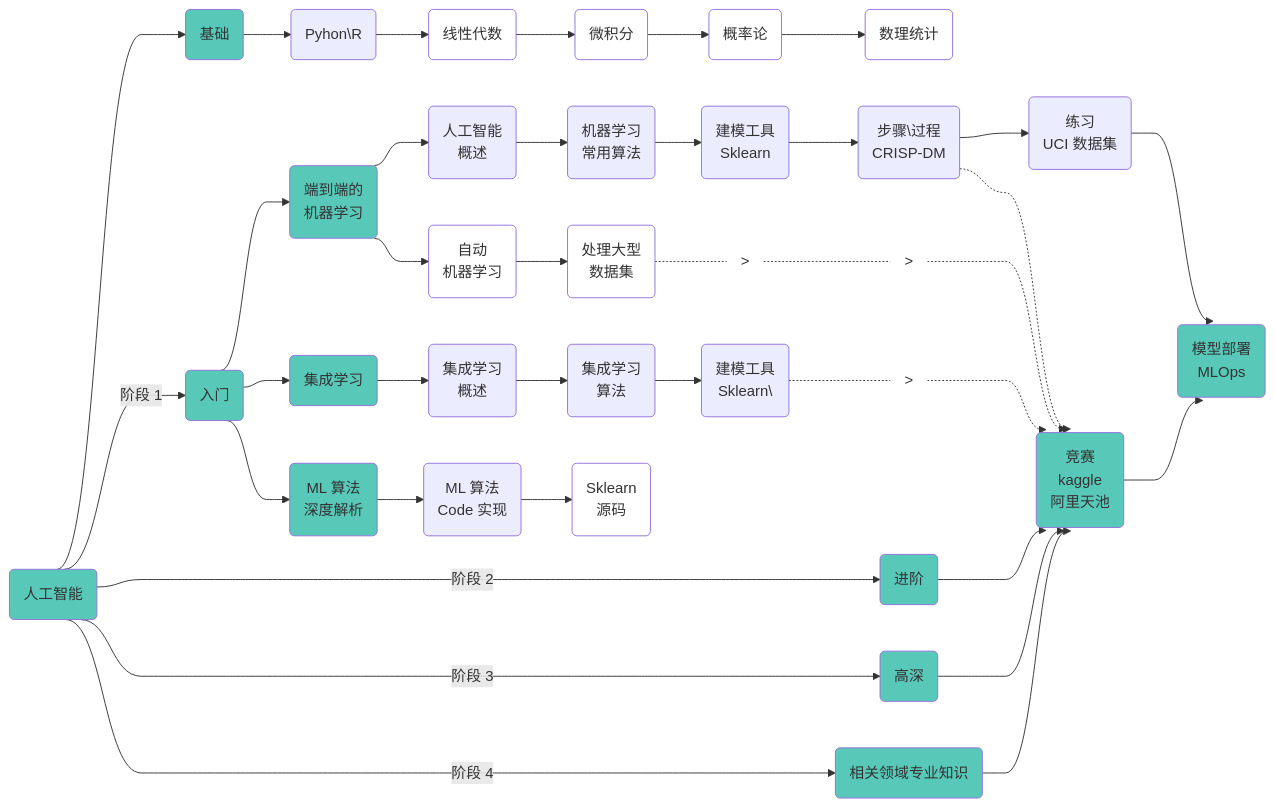
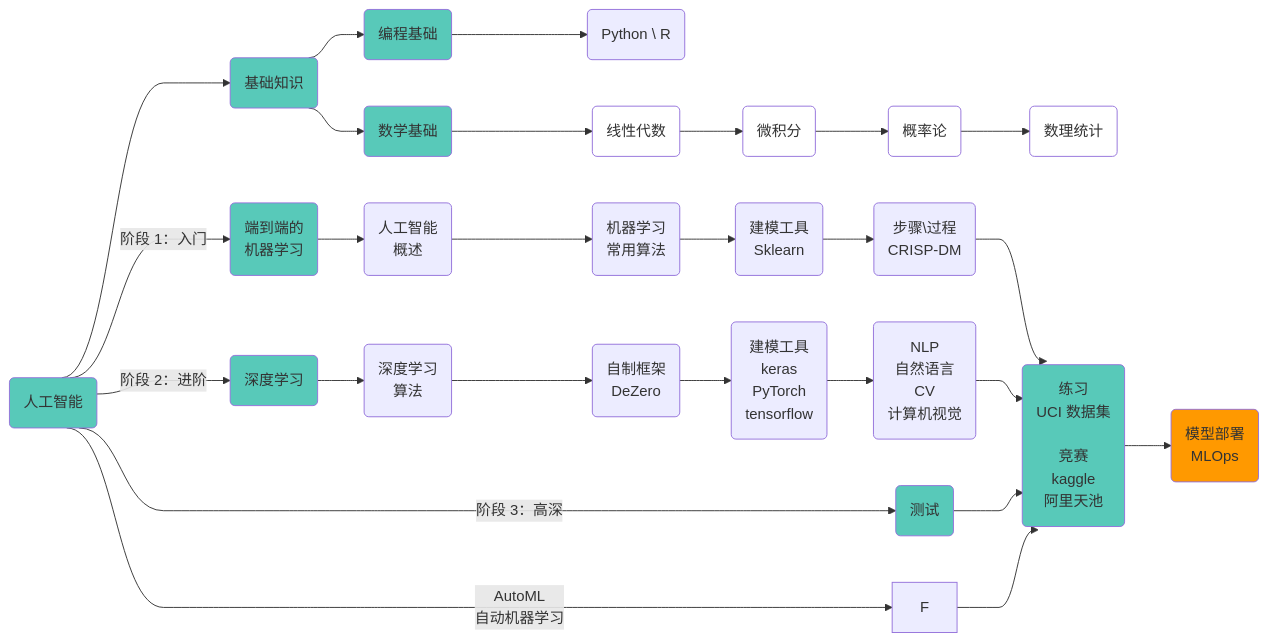
Before and after one commit to wenwangjain/wenwangjain.github.io: the second of 2 diagrams in content/docs/ai/_index.zh-cn.md, drawn with Mermaid. The commit also changed other lines of this file, not shown here.

````diff
--- a/content/docs/ai/_index.zh-cn.md
+++ b/content/docs/ai/_index.zh-cn.md
@@ -62,42 +62,43 @@
 ```mermaid
 %%{ init: { 'flowchart': { 'curve': 'bumpX', 'styles': {
    'stroke-width': '1px'
 } } } }%%
 
 flowchart LR
-    A(人工智能):::someclassA --> B(基础):::someclassA 
+    A(人工智能):::someclassA --> B(基础知识):::someclassA 
         classDef someclassA fill:#58C9B9
         classDef someclassB fill:#9DC8C8
         classDef someclassC fill:#f100
         classDef someclassD fill:#a3c9c7
         classDef someclassE fill:#fff,stroke:#fff,stroke-width:0.5px
-    A -- 阶段 1 --> C(入门):::someclassA
-    A -- 阶段 2 --> D(进阶):::someclassA
-    A -- 阶段 3 --> E(高深):::someclassA
-    A -- 阶段 4 --> F(相关领域专业知识):::someclassA
+        classDef someclassF fill:#ff9900
 
-    B --> B1(Pyhon\R) --> B2(线性代数):::someclassC --> B3(微积分):::someclassC --> B4(概率论):::someclassC --> B5(数理统计):::someclassC
+    A -- 阶段 1：入门 --> C(端到端的<br>机器学习):::someclassA
+    A -- 阶段 2：进阶 --> D(深度学习):::someclassA
+    A -- 阶段 3：高深 --> E(测试):::someclassA
+    A -- AutoML<br>自动机器学习 --> F
 
-    C --> C1(端到端的<br>机器学习):::someclassA --> C111(人工智能<br>概述) --> C112(机器学习<br>常用算法) --> C113(建模工具<br>Sklearn) --> C114(步骤\过程<br>CRISP-DM) --> C115(练习<br>UCI 数据集)
-          C1 --> C121(自动<br>机器学习):::someclassC --> C122(处理大型<br>数据集):::someclassC -.- C123(>):::someclassE -.- C124(>):::someclassE
+
+    B --> B1(编程基础):::someclassA --> B11(Python \ R)  
+    B --> B2(数学基础):::someclassA --> B21(线性代数):::someclassC --> B22(微积分):::someclassC --> B23(概率论):::someclassC --> B24(数理统计):::someclassC
     
     
-    C --> C2(集成学习):::someclassA --> C22(集成学习<br>概述) --> C23(集成学习<br>算法) --> C24(建模工具<br>Sklearn\<br>) -.- C25(>):::someclassE
-    C25 -.-> Y
-    
-    C --> C3(ML 算法<br>深度解析):::someclassA --> C31(ML 算法<br>Code 实现) --> C32(Sklearn<br>源码):::someclassC
+    C --> C11(人工智能<br>概述) --> C12(机器学习<br>常用算法) --> C13(建模工具<br>Sklearn) --> C14(步骤\过程<br>CRISP-DM)
+    C14 --> Y 
 
-    C114 -.-> Y  
-    C124 -.-> Y
-    D --> Y
+
+    D --> D11(深度学习<br>算法) --> D12(自制框架<br>DeZero) --> D13(建模工具<br>keras<br>PyTorch<br>tensorflow) --> D14(NLP<br>自然语言<br>CV<br>计算机视觉)
+    D14 --> Y
+
+
     E --> Y
     F --> Y
 
-    Y(竞赛<br>kaggle<br>阿里天池):::someclassA
 
-    C115 --> Z
+    Y(练习<br>UCI 数据集<br><br>竞赛<br>kaggle<br>阿里天池):::someclassA
+
     Y --> Z
 
-    Z(模型部署<br>MLOps):::someclassA
+    Z(模型部署<br>MLOps):::someclassF
 
 ```
````
